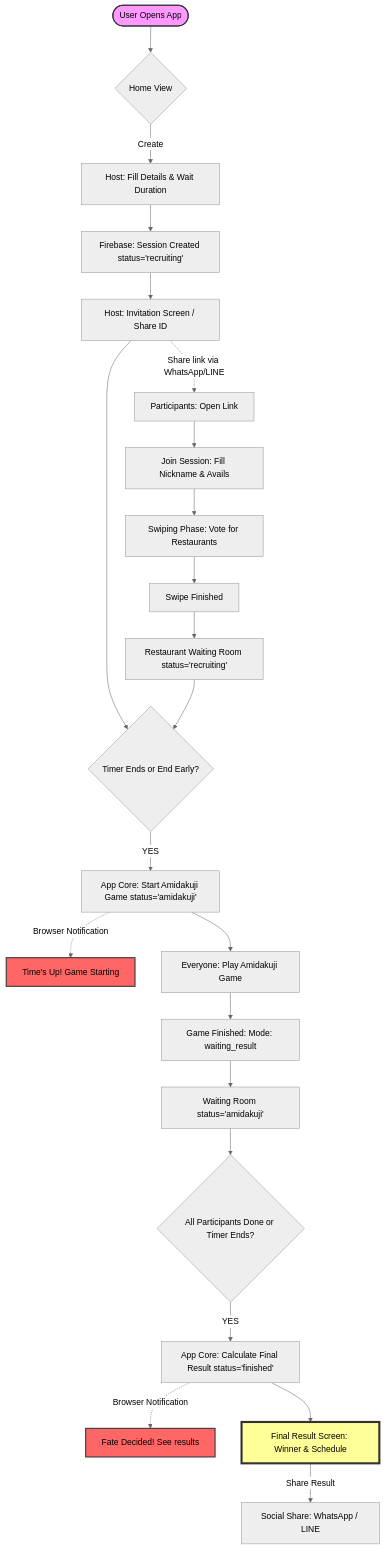
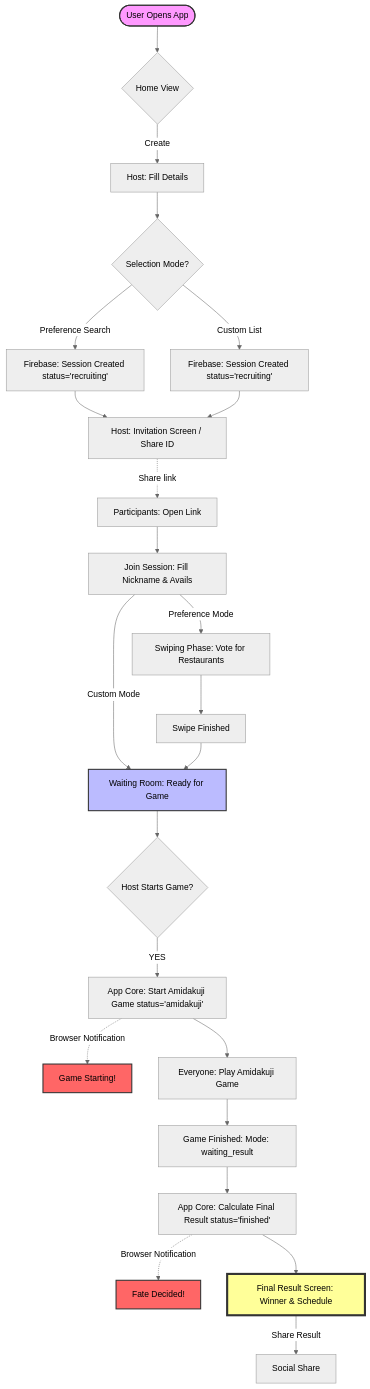
The diagram in README.md (llffhh/GatheringFun), drawn with Mermaid (neutral theme) before and after one commit. The commit also changed other lines of this file, not shown here.

Commit message:
docs: update README with Custom List feature and enhanced workflow diagram

````diff
--- a/README.md
+++ b/README.md
@@ -97,48 +100,54 @@
 ```mermaid
 graph TD
     %% Phase 1: Creation
     Start([User Opens App]) --> Home{Home View}
-    Home -->|Create| HostForm[Host: Fill Details & Wait Duration]
-    HostForm --> CreateSession[Firebase: Session Created status='recruiting']
+    Home -->|Create| HostForm[Host: Fill Details]
+    HostForm --> ModeSelect{Selection Mode?}
+    
+    ModeSelect -->|Preference Search| CreateSessionP[Firebase: Session Created status='recruiting']
+    ModeSelect -->|Custom List| CreateSessionC[Firebase: Session Created status='recruiting']
+    
     HostSession[Host: Invitation Screen / Share ID]
-    CreateSession --> HostSession
+    CreateSessionP --> HostSession
+    CreateSessionC --> HostSession
 
     %% Sharing logic
-    HostSession -.->|Share link via WhatsApp/LINE| Participants
+    HostSession -.->|Share link| Participants
     
     %% Phase 2: Joining
     Participants[Participants: Open Link] --> JoinSession[Join Session: Fill Nickname & Avails]
-    JoinSession --> SwipePhase[Swiping Phase: Vote for Restaurants]
+    
+    JoinSession -->|Preference Mode| SwipePhase[Swiping Phase: Vote for Restaurants]
+    JoinSession -->|Custom Mode| WaitAmidakuji[Waiting Room: Ready for Game]
+    
     SwipePhase --> SwipeFinished[Swipe Finished]
-    SwipeFinished --> WaitAmidakuji[Restaurant Waiting Room status='recruiting']
+    SwipeFinished --> WaitAmidakuji
 
     %% Phase 3: Transition to Amidakuji
-    HostSession --> RecruitingWait{Timer Ends or End Early?}
-    WaitAmidakuji --> RecruitingWait
+    WaitAmidakuji --> RecruitingWait{Host Starts Game?}
     RecruitingWait -->|YES| StartAmidakuji[App Core: Start Amidakuji Game status='amidakuji']
     
     %% Notification logic
-    StartAmidakuji -.->|Browser Notification| NotifyStart["Time's Up! Game Starting"]
+    StartAmidakuji -.->|Browser Notification| NotifyStart["Game Starting!"]
 
     %% Phase 4: Amidakuji Game
     StartAmidakuji --> AmidakujiGame[Everyone: Play Amidakuji Game]
     AmidakujiGame --> AmidakujiFinished[Game Finished: Mode: waiting_result]
-    AmidakujiFinished --> ResultsWaiting[Waiting Room status='amidakuji']
-
+    
     %% Phase 5: Finalization
-    ResultsWaiting --> AllFinished{All Participants Done or Timer Ends?}
-    AllFinished -->|YES| CalcResult[App Core: Calculate Final Result status='finished']
+    AmidakujiFinished --> CalcResult[App Core: Calculate Final Result status='finished']
     
     %% Notification logic
-    CalcResult -.->|Browser Notification| NotifyFinish["Fate Decided! See results"]
+    CalcResult -.->|Browser Notification| NotifyFinish["Fate Decided!"]
 
     %% Final Phase
     CalcResult --> FinalResultView[Final Result Screen: Winner & Schedule]
-    FinalResultView -->|Share Result| LineWhatsApp[Social Share: WhatsApp / LINE]
+    FinalResultView -->|Share Result| LineWhatsApp[Social Share]
 
     %% Styling
     style Start fill:#f9f,stroke:#333,stroke-width:2px
     style FinalResultView fill:#ff9,stroke:#333,stroke-width:4px
     style NotifyStart fill:#f66,stroke:#333,stroke-width:2px
     style NotifyFinish fill:#f66,stroke:#333,stroke-width:2px
+    style WaitAmidakuji fill:#bbf,stroke:#333,stroke-width:2px
 ```
````
